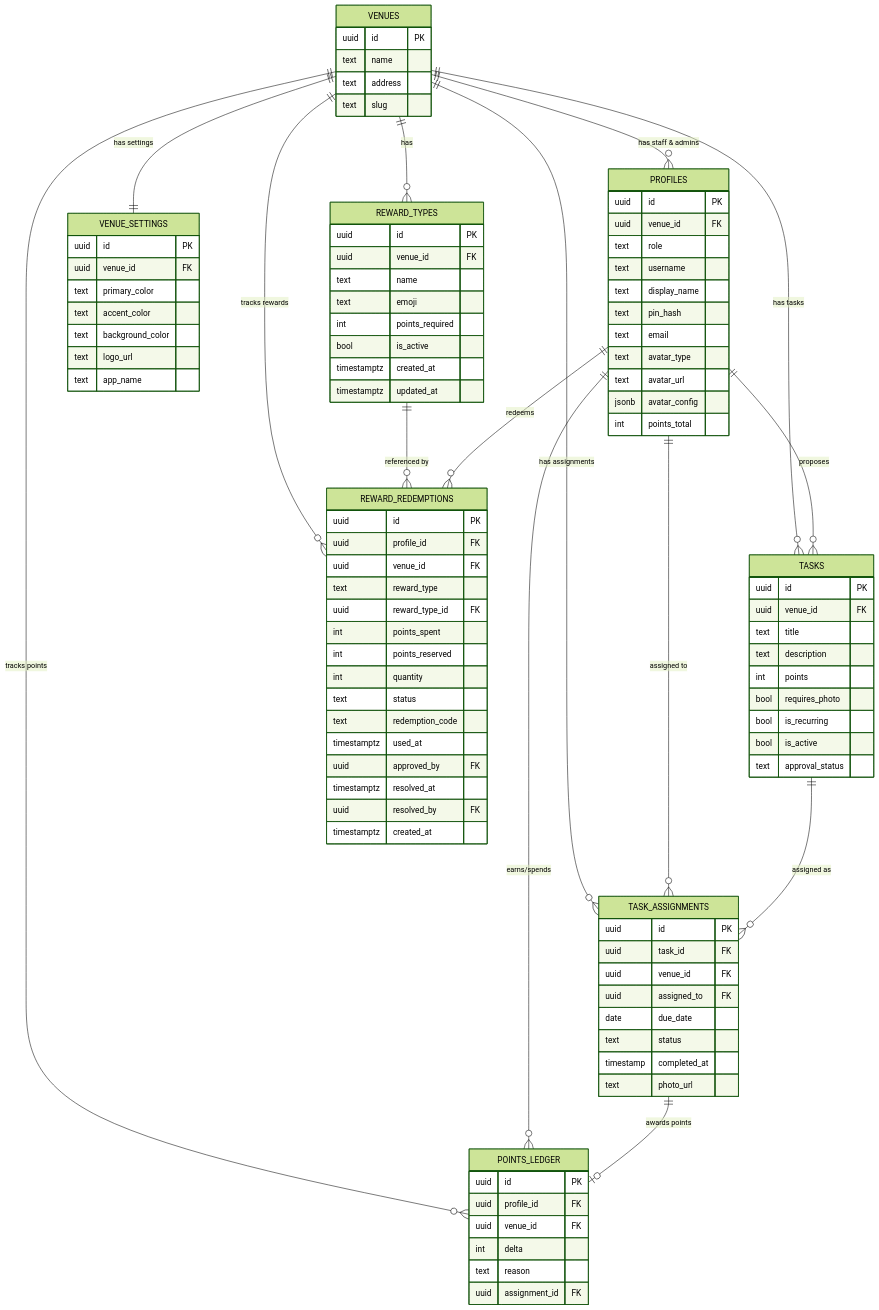
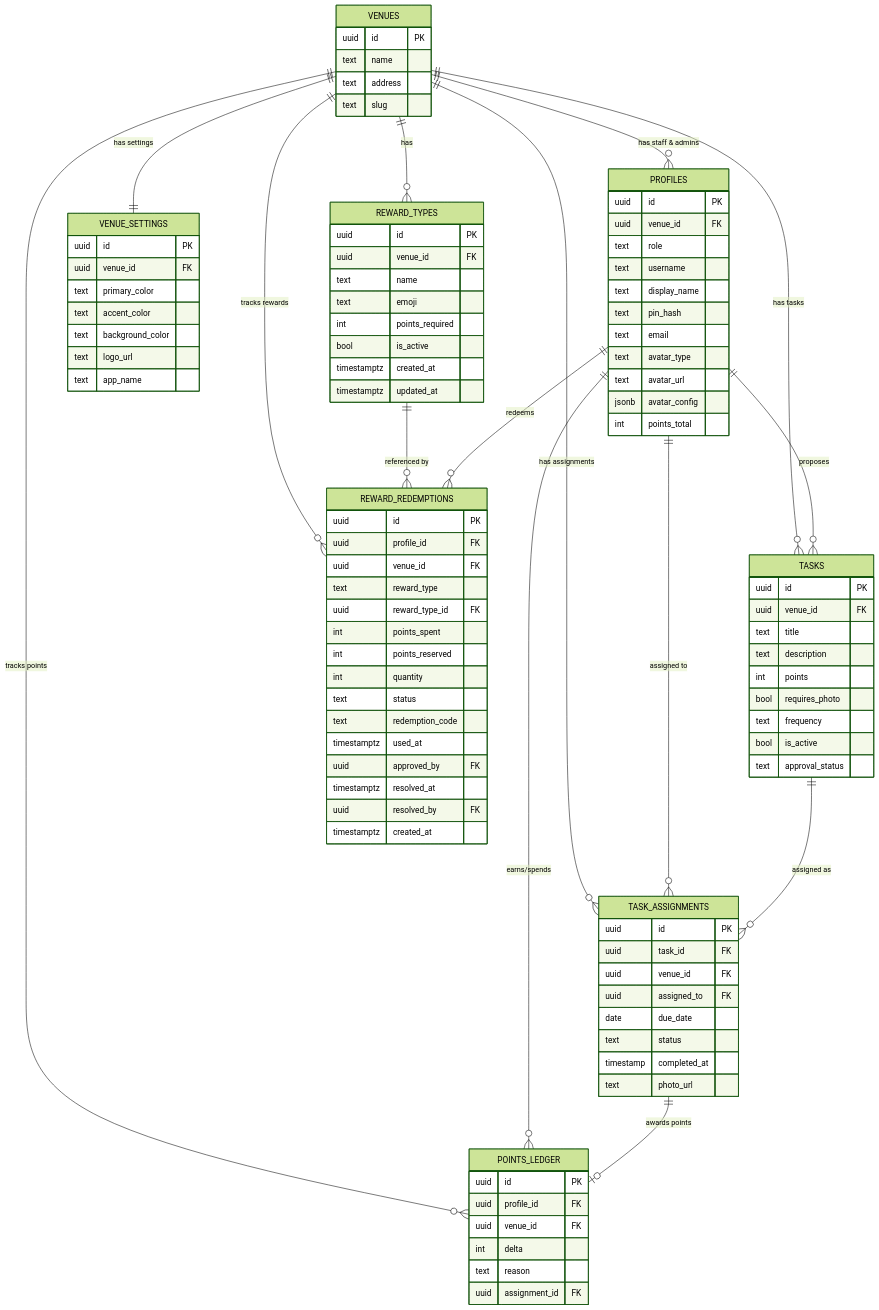
One commit to briannanayakkara/bar-chores-app changed diagram 12 of 12 in docs/architecture/app-flowchart.md. Above: the diagram before and after it, drawn with Mermaid (forest theme). The commit also changed 14 other files, not shown here.

First line of the commit message:
feat: replace is_recurring with frequency (once/daily/weekly/monthly)

```diff
--- a/docs/architecture/app-flowchart.md
+++ b/docs/architecture/app-flowchart.md
@@ -452,7 +452,7 @@
         text description
         int points
         bool requires_photo
-        bool is_recurring
+        text frequency
         bool is_active
         text approval_status
     }
```
